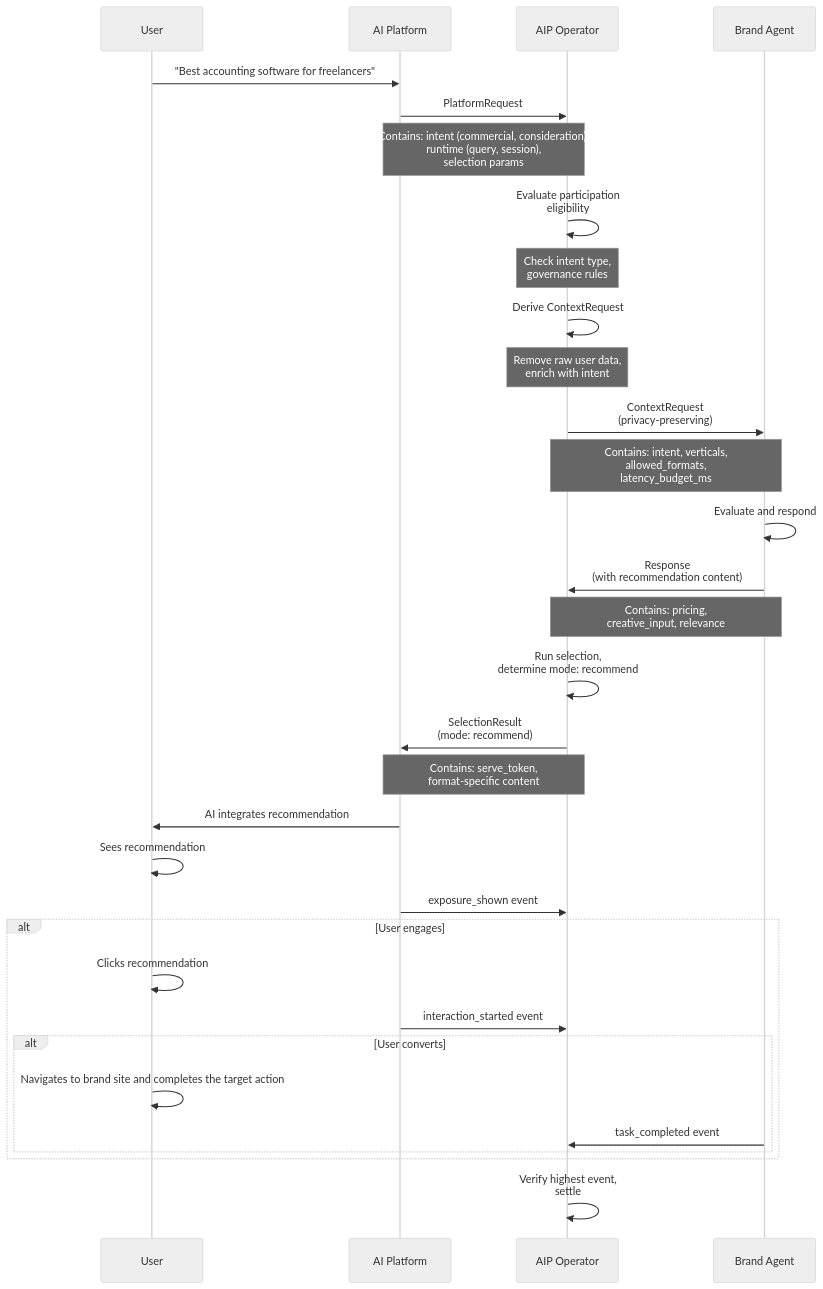
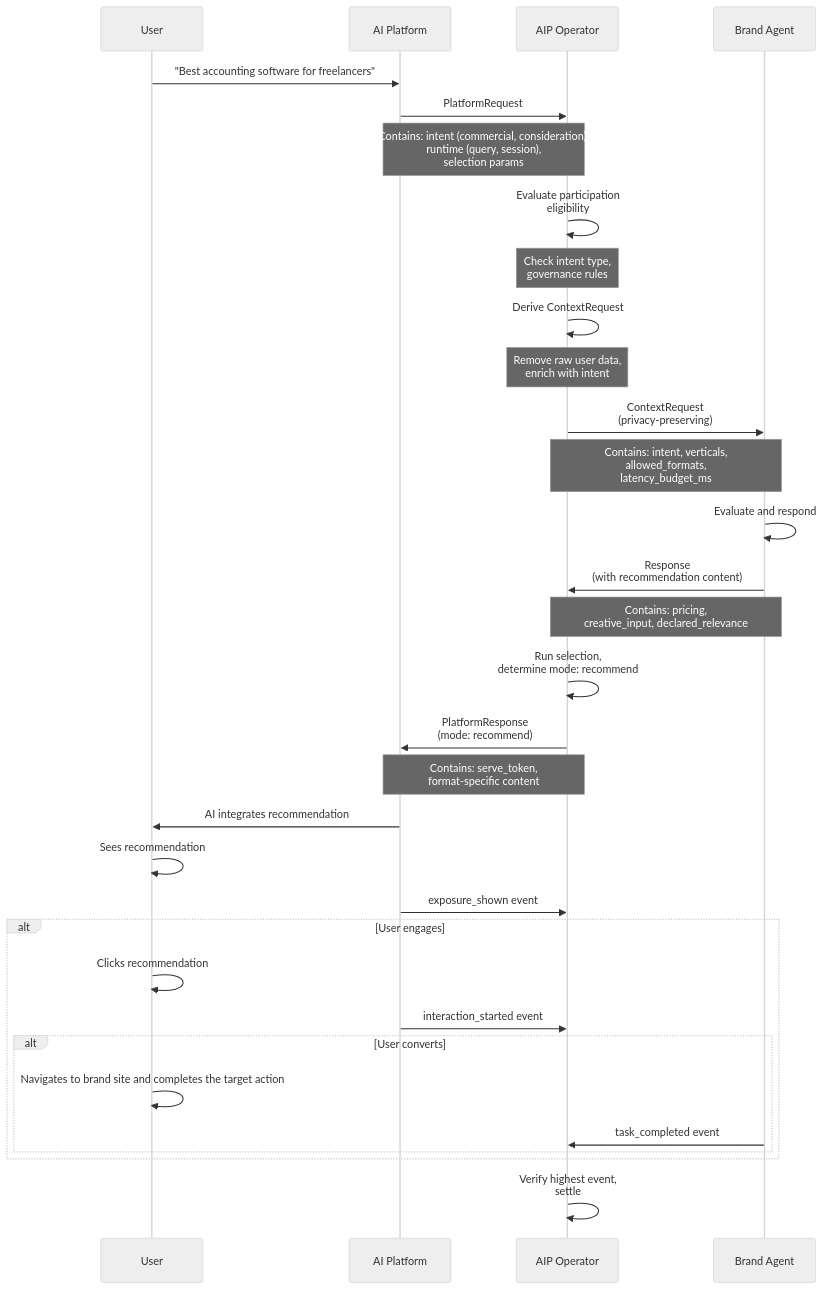
One commit to GouniManikumar12/mintlify-docs changed the first of 2 diagrams in end-to-end-flow.mdx. Above: the diagram before and after it, drawn with Mermaid (neutral theme). The commit also changed other lines of this file and 35 other files, not shown here.

````diff
--- a/end-to-end-flow.mdx
+++ b/end-to-end-flow.mdx
@@ -16,45 +16,45 @@
 ```mermaid
 sequenceDiagram
     participant User
     participant Platform as AI Platform
     participant Operator as AIP Operator
     participant BrandAgent as Brand Agent
 
     User->>Platform: "Best accounting software for freelancers"
     Platform->>Operator: PlatformRequest
     Note over Platform,Operator: Contains: intent (commercial, consideration),<br/>runtime (query, session),<br/>selection params
 
     Operator->>Operator: Evaluate participation<br/>eligibility
     Note over Operator: Check intent type,<br/>governance rules
 
     Operator->>Operator: Derive ContextRequest
     Note over Operator: Remove raw user data,<br/>enrich with intent
 
     Operator->>BrandAgent: ContextRequest<br/>(privacy-preserving)
     Note over Operator,BrandAgent: Contains: intent, verticals,<br/>allowed_formats,<br/>latency_budget_ms
 
     BrandAgent->>BrandAgent: Evaluate and respond
     BrandAgent->>Operator: Response<br/>(with recommendation content)
-    Note over BrandAgent,Operator: Contains: pricing,<br/>creative_input, relevance
+    Note over BrandAgent,Operator: Contains: pricing,<br/>creative_input, declared_relevance
 
     Operator->>Operator: Run selection,<br/>determine mode: recommend
-    Operator->>Platform: SelectionResult<br/>(mode: recommend)
+    Operator->>Platform: PlatformResponse<br/>(mode: recommend)
     Note over Operator,Platform: Contains: serve_token,<br/>format-specific content
 
     Platform->>User: AI integrates recommendation
 
     User->>User: Sees recommendation
     Platform->>Operator: exposure_shown event
 
     alt User engages
         User->>User: Clicks recommendation
         Platform->>Operator: interaction_started event
 
         alt User converts
         User->>User: Navigates to brand site and completes the target action
         BrandAgent->>Operator: task_completed event
         end
     end
 
     Operator->>Operator: Verify highest event,<br/>settle
 ```
````
